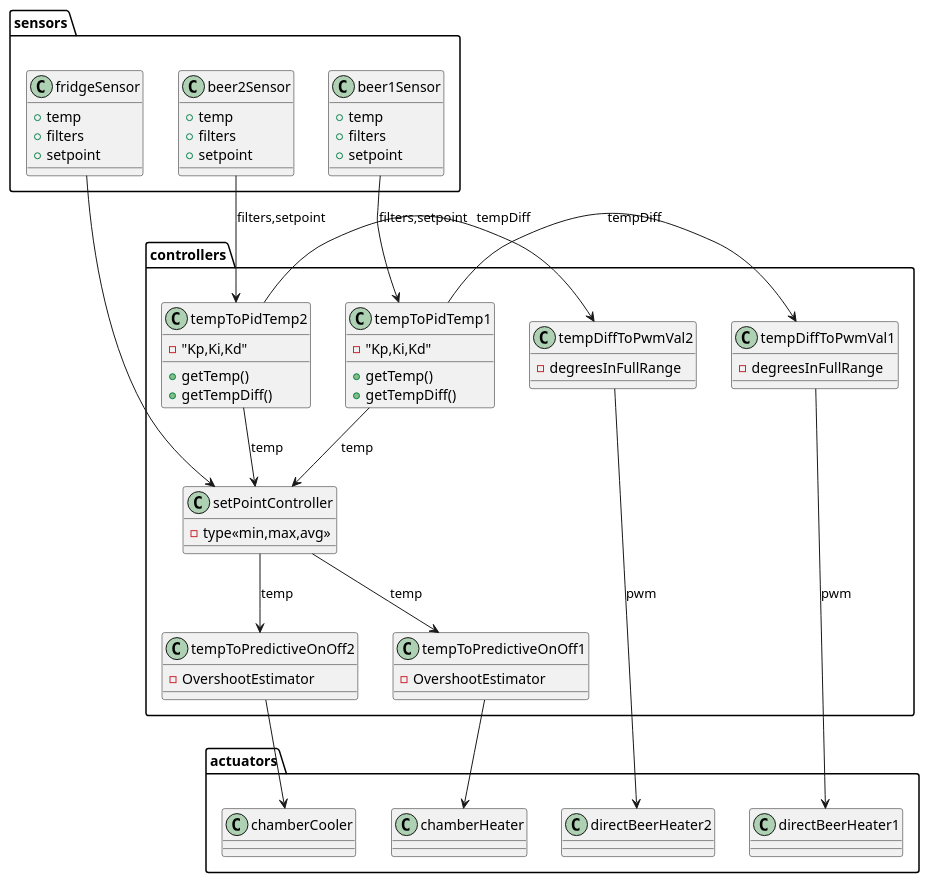
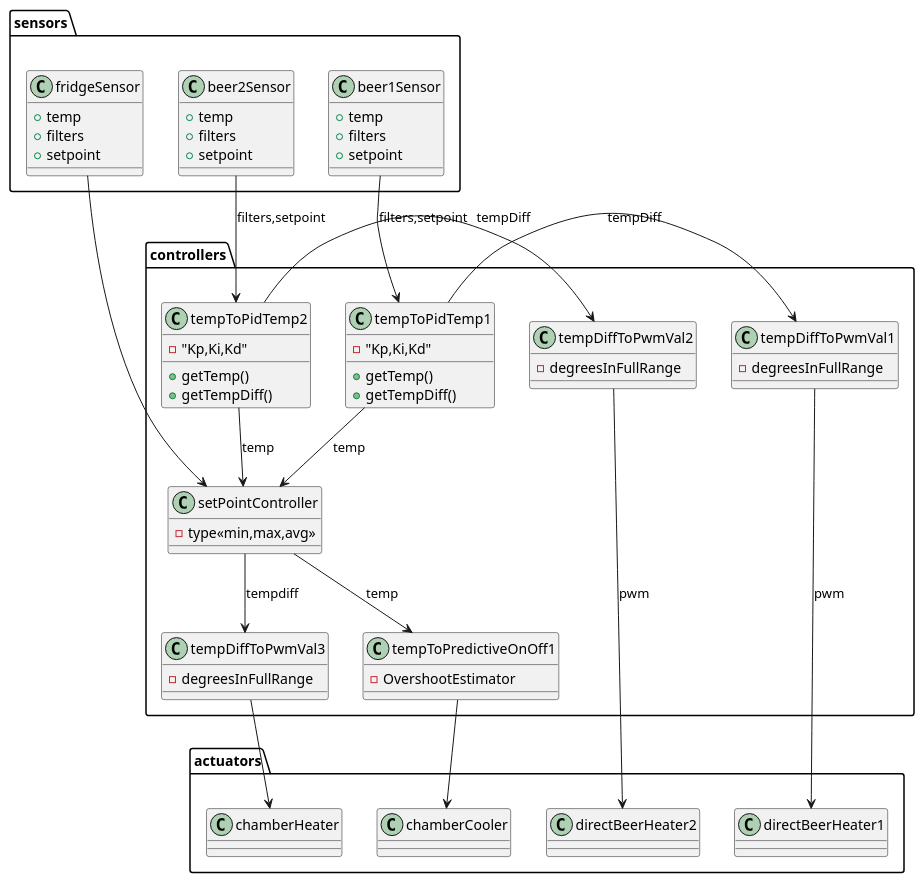
One commit to BrewPi/brewpi-developerdocs changed the diagram in source/new-classes-draft.rst. Above: the diagram before and after it, drawn with PlantUML.

Commit message:
changed chamber heater to PWM

```diff
--- a/source/new-classes-draft.rst
+++ b/source/new-classes-draft.rst
@@ -5,78 +5,78 @@
 .. uml::
 
     package sensors{
         class fridgeSensor{
             +temp
             +filters
             +setpoint
         }
         class beer1Sensor{
             +temp
             +filters
             +setpoint
         }
         class beer2Sensor{
             +temp
             +filters
             +setpoint
         }
     }
 
     package controllers{
         class tempToPidTemp1{
             -"Kp,Ki,Kd"
             +getTemp()
             +getTempDiff()
         }
         class tempToPidTemp2{
             -"Kp,Ki,Kd"
             +getTemp()
             +getTempDiff()
         }
         class tempToPredictiveOnOff1{
             -OvershootEstimator
         }
-        class tempToPredictiveOnOff2{
-            -OvershootEstimator
+        class tempDiffToPwmVal3{
+            -degreesInFullRange
         }
         class tempDiffToPwmVal1{
             -degreesInFullRange
         }
         class tempDiffToPwmVal2{
             -degreesInFullRange
         }
         class setPointController{
             -type<<min,max,avg>>
         }
     }
 
     package actuators{
         class chamberCooler{
         }
         class chamberHeater{
         }
         class directBeerHeater1{
         }
         class directBeerHeater2{
         }
     }
 
     tempToPidTemp1->tempDiffToPwmVal1:tempDiff
     tempToPidTemp2->tempDiffToPwmVal2:tempDiff
 
     tempDiffToPwmVal1->directBeerHeater1:pwm
     tempDiffToPwmVal2->directBeerHeater2:pwm
 
     beer1Sensor-->tempToPidTemp1:filters,setpoint
     beer2Sensor-->tempToPidTemp2:filters,setpoint
 
     tempToPidTemp1-->setPointController:temp
     tempToPidTemp2-->setPointController:temp
 
     setPointController-->tempToPredictiveOnOff1:temp
-    setPointController-->tempToPredictiveOnOff2:temp
+    setPointController-->tempDiffToPwmVal3:tempdiff
 
-    tempToPredictiveOnOff1-->chamberHeater
-    tempToPredictiveOnOff2-->chamberCooler
+    tempDiffToPwmVal3-->chamberHeater
+    tempToPredictiveOnOff1-->chamberCooler
 
     fridgeSensor-->setPointController
```
